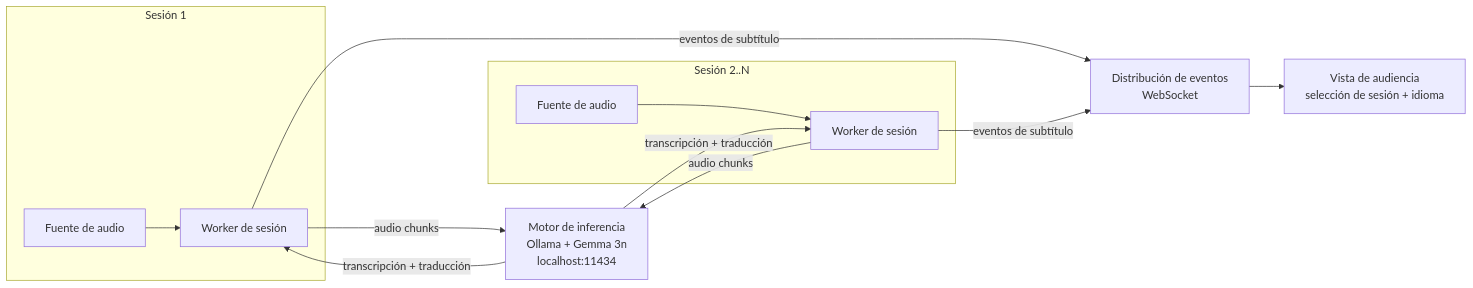
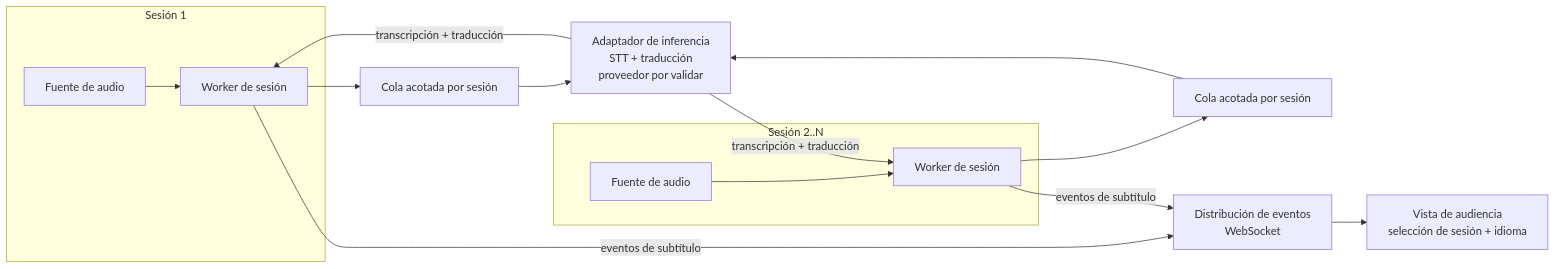
One commit to dnluc/decilo changed the first of 2 diagrams in openspec/changes/arquitectura-base/design.md. Above: the diagram before and after it, drawn with Mermaid. The commit also changed other lines of this file and 5 other files, not shown here.

````diff
--- a/openspec/changes/arquitectura-base/design.md
+++ b/openspec/changes/arquitectura-base/design.md
@@ -55,19 +70,21 @@
 ```mermaid
 flowchart LR
     subgraph S1["Sesión 1"]
         A1[Fuente de audio] --> W1[Worker de sesión]
     end
     subgraph S2["Sesión 2..N"]
         A2[Fuente de audio] --> W2[Worker de sesión]
     end
 
-    W1 -->|audio chunks| ENG[Motor de inferencia<br/>Ollama + Gemma 3n<br/>localhost:11434]
-    W2 -->|audio chunks| ENG
+    W1 --> Q1[Cola acotada por sesión]
+    W2 --> Q2[Cola acotada por sesión]
+    Q1 --> ENG[Adaptador de inferencia<br/>STT + traducción<br/>proveedor por validar]
+    Q2 --> ENG
     ENG -->|transcripción + traducción| W1
     ENG -->|transcripción + traducción| W2
 
     W1 -->|eventos de subtítulo| DIST[Distribución de eventos<br/>WebSocket]
     W2 -->|eventos de subtítulo| DIST
 
     DIST --> UI[Vista de audiencia<br/>selección de sesión + idioma]
 ```
````
